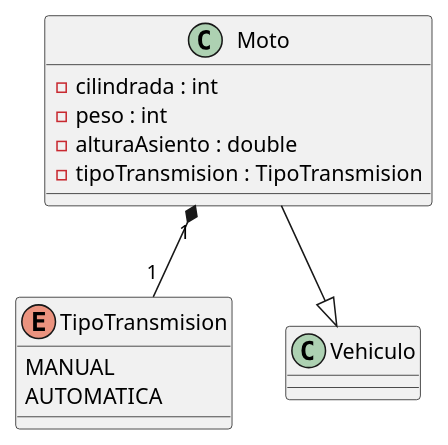
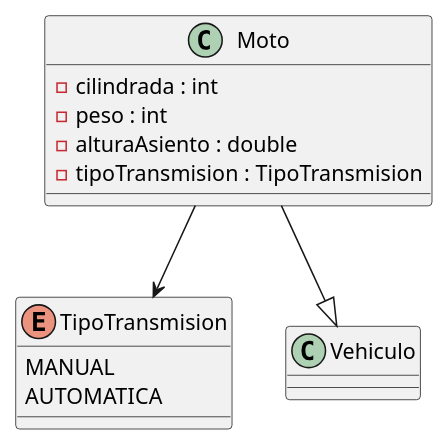
The diagram in uml/Moto.puml (xLucaPMx/UT5_ED_Prog), drawn with PlantUML before and after one commit. The commit also changed 4 other files, not shown here.

```diff
--- a/uml/Moto.puml
+++ b/uml/Moto.puml
@@ -1,16 +1,16 @@
 @startuml Moto
 class Moto {
 -cilindrada : int
 -peso : int
 -alturaAsiento : double
 -tipoTransmision : TipoTransmision
 }
 
 enum TipoTransmision {
   MANUAL
   AUTOMATICA
 }
 Moto --|> Vehiculo
-Moto "1" *-- "1" TipoTransmision
+Moto --> TipoTransmision
 
 @enduml
```
